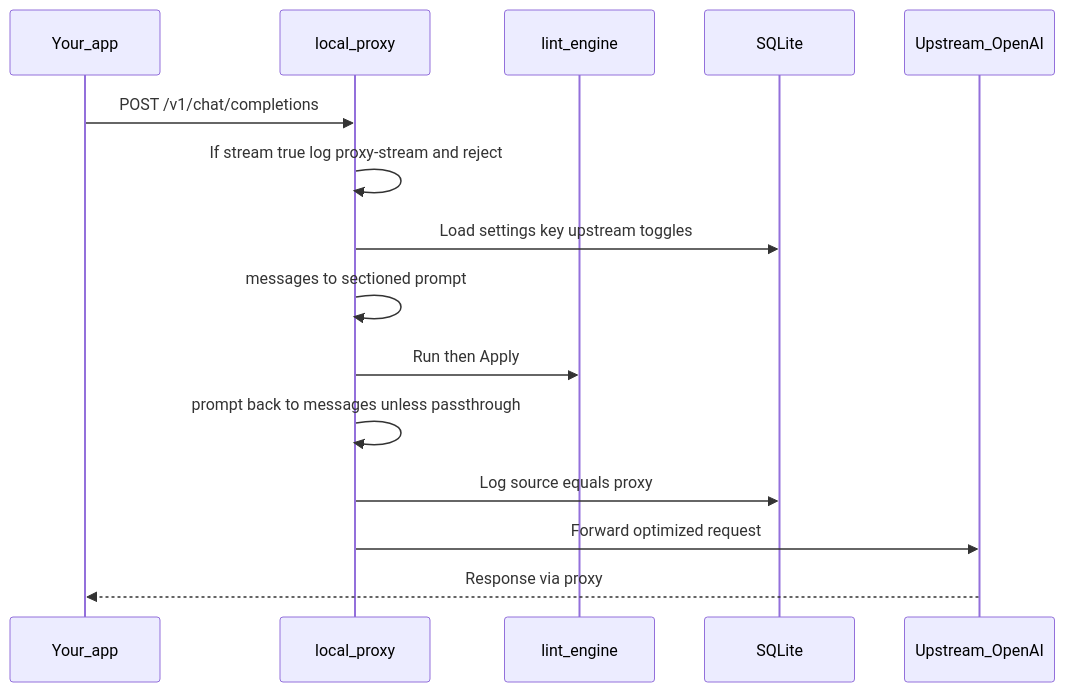
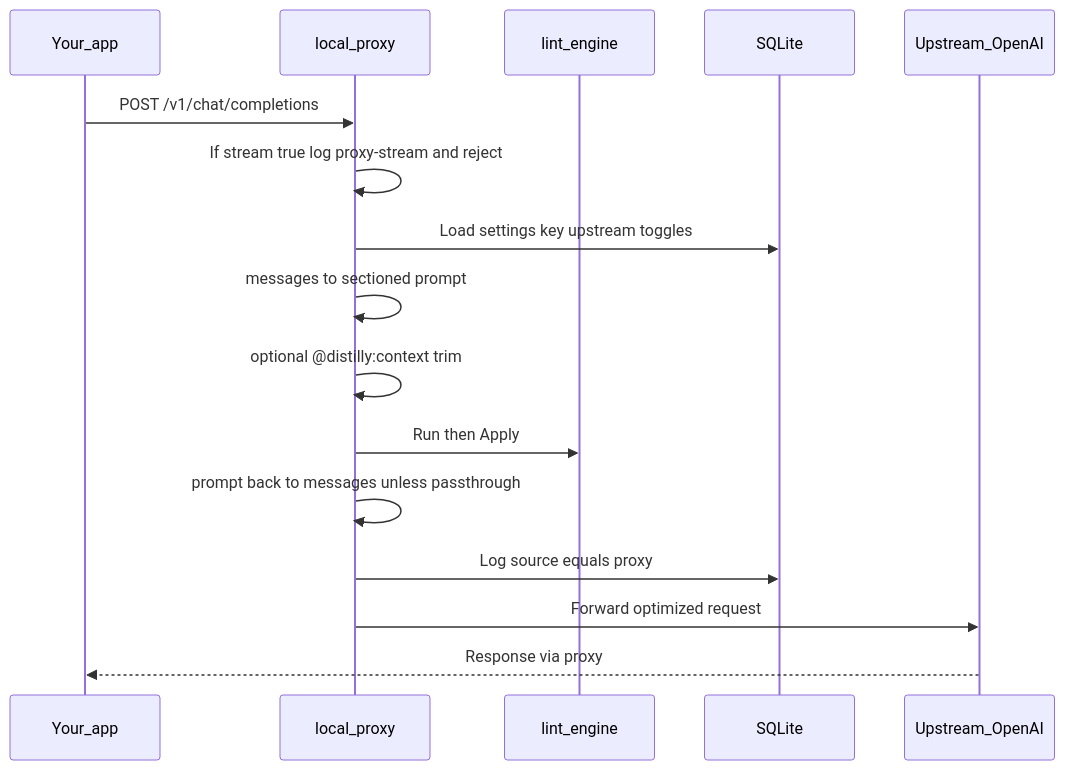
The third of 4 diagrams in docs/architecture.md (mcscottj/distilly), drawn with Mermaid before and after one commit. The commit also changed other lines of this file and 26 other files, not shown here.

First line of the commit message:
feat(context): add CLI, desktop workspace, proxy marker, and docs

````diff
--- a/docs/architecture.md
+++ b/docs/architecture.md
@@ -83,18 +89,19 @@
 ```mermaid
 sequenceDiagram
   participant Client as Your_app
   participant Proxy as local_proxy
   participant Lint as lint_engine
   participant DB as SQLite
   participant API as Upstream_OpenAI
 
   Client->>Proxy: POST /v1/chat/completions
   Proxy->>Proxy: If stream true log proxy-stream and reject
   Proxy->>DB: Load settings key upstream toggles
   Proxy->>Proxy: messages to sectioned prompt
+  Proxy->>Proxy: optional @distilly:context trim
   Proxy->>Lint: Run then Apply
   Proxy->>Proxy: prompt back to messages unless passthrough
   Proxy->>DB: Log source equals proxy
   Proxy->>API: Forward optimized request
   API-->>Client: Response via proxy
 ```
````
